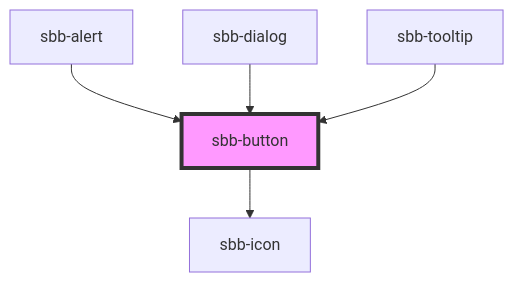
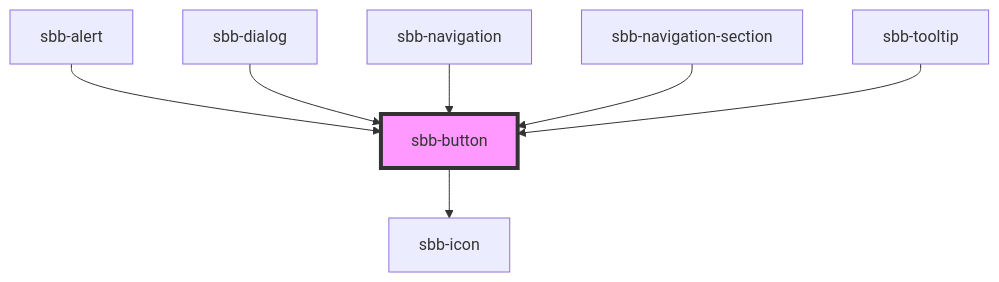
The diagram in src/components/sbb-button/readme.md (sbb-design-systems/lyne-components), drawn with Mermaid before and after one commit. The commit also changed other lines of this file and 42 other files, not shown here.

Commit message:
feat(sbb-navigation): introduce navigation component (#1480)

````diff
--- a/src/components/sbb-button/readme.md
+++ b/src/components/sbb-button/readme.md
@@ -89,8 +91,10 @@
 ```mermaid
 graph TD;
   sbb-button --> sbb-icon
   sbb-alert --> sbb-button
   sbb-dialog --> sbb-button
+  sbb-navigation --> sbb-button
+  sbb-navigation-section --> sbb-button
   sbb-tooltip --> sbb-button
   style sbb-button fill:#f9f,stroke:#333,stroke-width:4px
 ```
````
